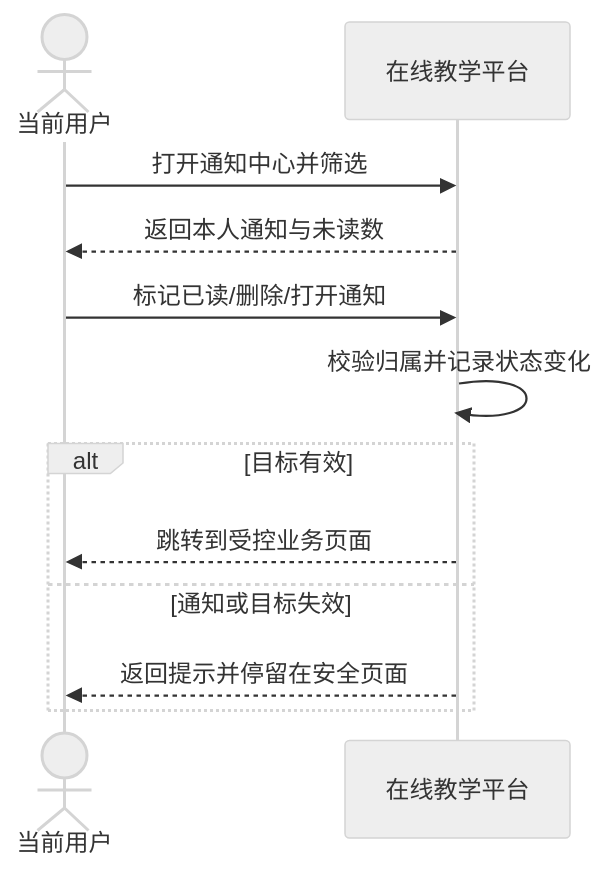
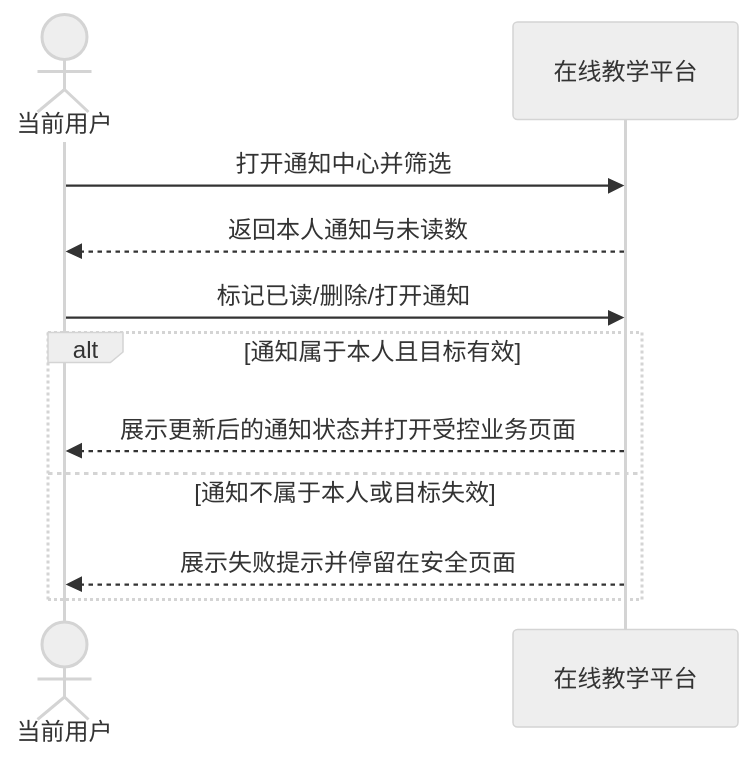
Before and after one commit to Cr4zyorange/OnlineJudge: the diagram in docs/diagrams/lrn/requirements/sc04-notification.mmd, drawn with Mermaid (neutral theme). The commit also changed 8 other files, not shown here.

```diff
--- a/docs/diagrams/lrn/requirements/sc04-notification.mmd
+++ b/docs/diagrams/lrn/requirements/sc04-notification.mmd
@@ -1,12 +1,11 @@
 sequenceDiagram
   actor User as 当前用户
   participant System as 在线教学平台
   User->>System: 打开通知中心并筛选
   System-->>User: 返回本人通知与未读数
   User->>System: 标记已读/删除/打开通知
-  System->>System: 校验归属并记录状态变化
-  alt 目标有效
-    System-->>User: 跳转到受控业务页面
-  else 通知或目标失效
-    System-->>User: 返回提示并停留在安全页面
+  alt 通知属于本人且目标有效
+    System-->>User: 展示更新后的通知状态并打开受控业务页面
+  else 通知不属于本人或目标失效
+    System-->>User: 展示失败提示并停留在安全页面
   end
```
